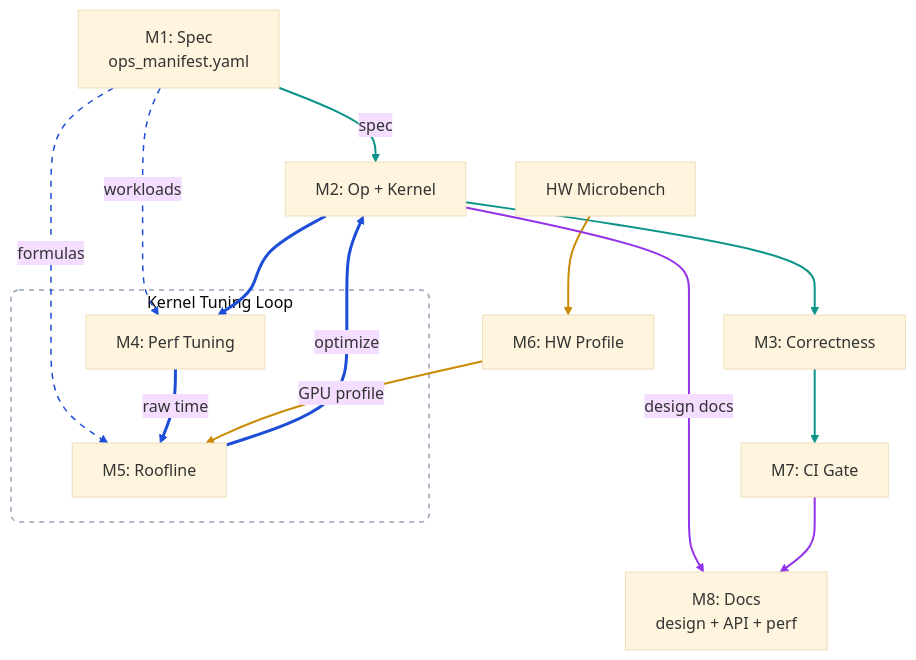
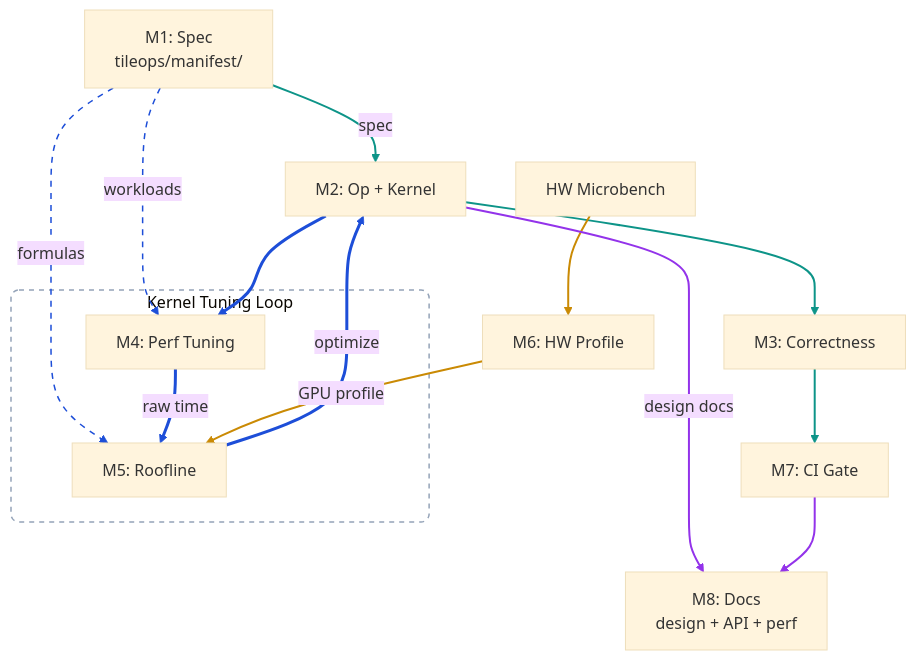
The diagram in docs/architecture.md (tile-ai/TileOPs), drawn with Mermaid (base theme) before and after one commit. The commit also changed other lines of this file and 43 other files, not shown here.

First line of the commit message:
[Refactor][Manifest] split monolithic yaml into per-family package (#1092)

````diff
--- a/docs/architecture.md
+++ b/docs/architecture.md
@@ -13,42 +13,42 @@
 ```mermaid
 graph TD
-    M1["M1: Spec<br/>ops_manifest.yaml"]
+    M1["M1: Spec<br/>tileops/manifest/"]
     M2["M2: Op + Kernel"]
     M3["M3: Correctness"]
     M6["M6: HW Profile"]
     HW["HW Microbench"]
     M7["M7: CI Gate"]
     M8["M8: Docs<br/>design + API + perf"]
 
     subgraph loop ["Kernel Tuning Loop"]
         M4["M4: Perf Tuning"]
         M5["M5: Roofline"]
     end
 
     M1 -- "spec" --> M2
     M1 -- "workloads" --> M4
     M1 -- "formulas" --> M5
     M2 --> M3
 
     M2 --> M4
     M4 -- "raw time" --> M5
     M5 -- "optimize" --> M2
 
     HW --> M6
     M6 -- "GPU profile" --> M5
 
     M3 --> M7
 
     M2 -- "design docs" --> M8
     M7 --> M8
 
     style loop fill:none,stroke:#94a3b8,stroke-width:1.5px,stroke-dasharray:5,rx:8,ry:8
 
     linkStyle 0 stroke:#0d9488,stroke-width:2px
     linkStyle 1,2 stroke:#1d4ed8,stroke-width:1.5px,stroke-dasharray:6
     linkStyle 3 stroke:#0d9488,stroke-width:2px
     linkStyle 4,5,6 stroke:#1d4ed8,stroke-width:3px
     linkStyle 7,8 stroke:#ca8a04,stroke-width:2px
     linkStyle 9 stroke:#0d9488,stroke-width:2px
     linkStyle 10,11 stroke:#9333ea,stroke-width:2px
 ```
````
